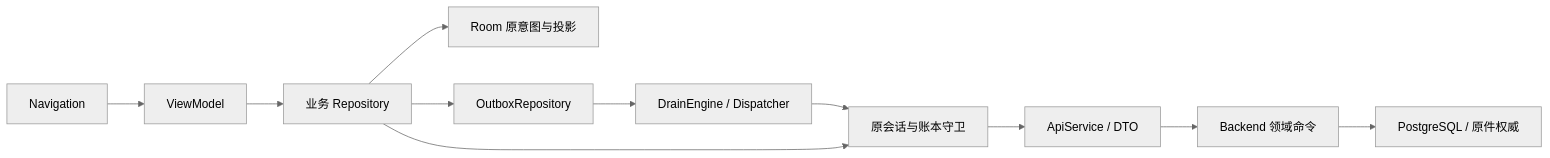
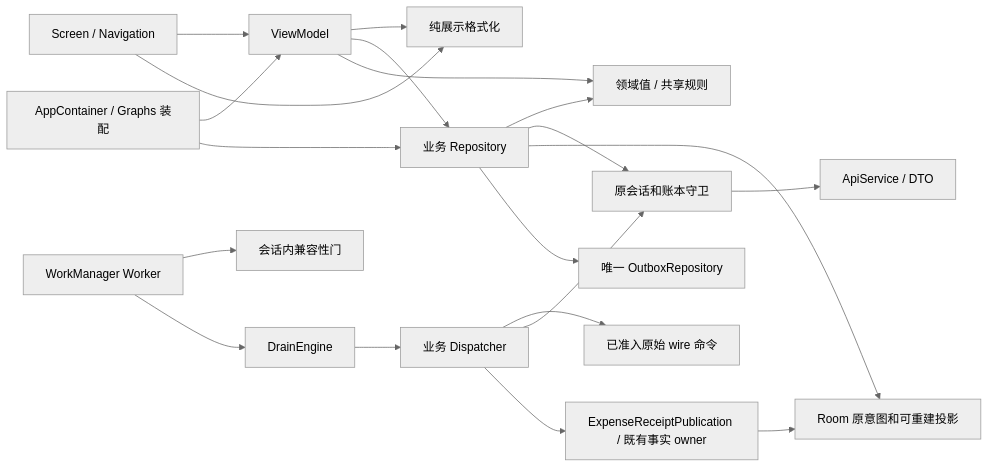
One commit to xxu29958-jpg/xpj changed the diagram in docs/architecture/ANDROID_DOMAIN_BOUNDARIES.md. Above: the diagram before and after it, drawn with Mermaid (neutral theme). The commit also changed other lines of this file and 433 other files, not shown here.

Commit message:
refactor(android): enforce domain presentation and original intent boundaries

````diff
--- a/docs/architecture/ANDROID_DOMAIN_BOUNDARIES.md
+++ b/docs/architecture/ANDROID_DOMAIN_BOUNDARIES.md
@@ -32,13 +50,22 @@
 ```mermaid
 flowchart LR
-    Nav[Navigation] --> VM[ViewModel]
-    VM --> Repo[业务 Repository]
-    Repo --> Intent[Room 原意图与投影]
-    Repo --> Outbox[OutboxRepository]
-    Outbox --> Drain[DrainEngine / Dispatcher]
-    Drain --> Guard[原会话与账本守卫]
-    Repo --> Guard
+    Root[AppContainer / Graphs 装配] --> VM[ViewModel]
+    Root --> Repo[业务 Repository]
+    Screen[Screen / Navigation] --> VM
+    Screen --> Presentation[纯展示格式化]
+    VM --> Presentation
+    VM --> Repo
+    VM --> Domain[领域值 / 共享规则]
+    Repo --> Domain
+    Repo --> Guard[原会话和账本守卫]
     Guard --> API[ApiService / DTO]
-    API --> Backend[Backend 领域命令]
-    Backend --> Facts[PostgreSQL / 原件权威]
+    Repo --> Store[Room 原意图和可重建投影]
+    Repo --> Outbox[唯一 OutboxRepository]
+    Worker[WorkManager Worker] --> Compatibility[会话内兼容性门]
+    Worker --> Engine[DrainEngine]
+    Engine --> Dispatcher[业务 Dispatcher]
+    Dispatcher --> Original[已准入原始 wire 命令]
+    Dispatcher --> Guard
+    Dispatcher --> Publication[ExpenseReceiptPublication / 既有事实 owner]
+    Publication --> Store
 ```
````
